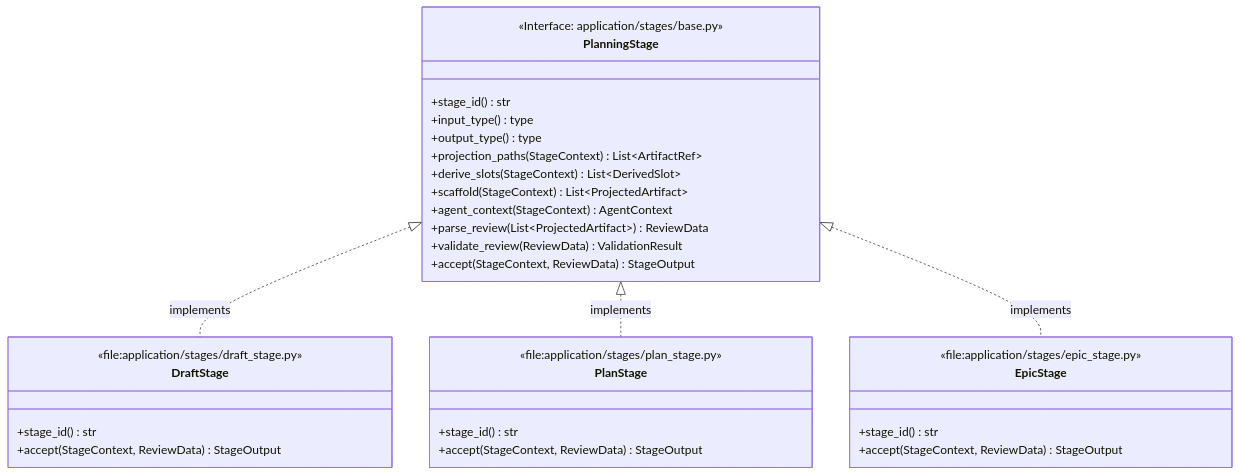
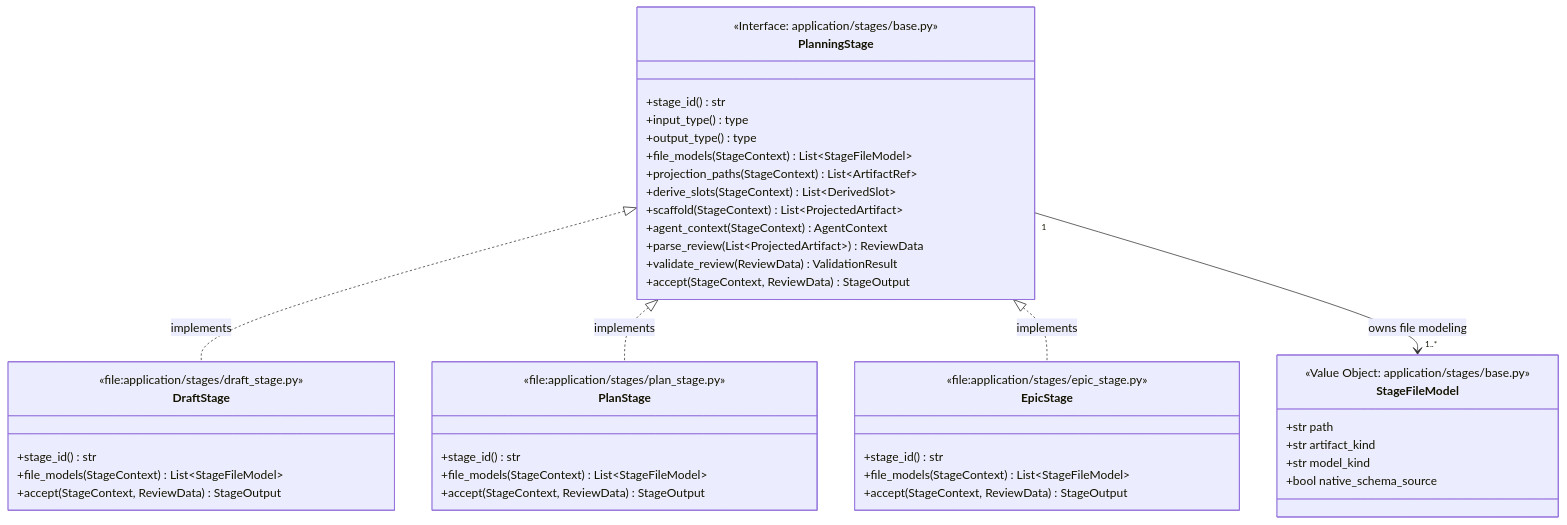
One commit to 9orky/enclosure changed the seventh of 10 diagrams in .enclosure/plans/planning-workflow/UML.md. Above: the diagram before and after it, drawn with Mermaid. The commit also changed 49 other files, not shown here.

````diff
--- a/.enclosure/plans/planning-workflow/UML.md
+++ b/.enclosure/plans/planning-workflow/UML.md
@@ -204,38 +204,51 @@
 ```mermaid
 classDiagram
     class PlanningStage {
       <<Interface: application/stages/base.py>>
       +stage_id() str
       +input_type() type
       +output_type() type
+      +file_models(StageContext) List~StageFileModel~
       +projection_paths(StageContext) List~ArtifactRef~
       +derive_slots(StageContext) List~DerivedSlot~
       +scaffold(StageContext) List~ProjectedArtifact~
       +agent_context(StageContext) AgentContext
       +parse_review(List~ProjectedArtifact~) ReviewData
       +validate_review(ReviewData) ValidationResult
       +accept(StageContext, ReviewData) StageOutput
     }
 
+    class StageFileModel {
+      <<Value Object: application/stages/base.py>>
+      +str path
+      +str artifact_kind
+      +str model_kind
+      +bool native_schema_source
+    }
+
     class DraftStage {
       <<file:application/stages/draft_stage.py>>
       +stage_id() str
+      +file_models(StageContext) List~StageFileModel~
       +accept(StageContext, ReviewData) StageOutput
     }
 
     class PlanStage {
       <<file:application/stages/plan_stage.py>>
       +stage_id() str
+      +file_models(StageContext) List~StageFileModel~
       +accept(StageContext, ReviewData) StageOutput
     }
 
     class EpicStage {
       <<file:application/stages/epic_stage.py>>
       +stage_id() str
+      +file_models(StageContext) List~StageFileModel~
       +accept(StageContext, ReviewData) StageOutput
     }
 
     PlanningStage <|.. DraftStage : implements
     PlanningStage <|.. PlanStage : implements
     PlanningStage <|.. EpicStage : implements
+    PlanningStage "1" --> "1..*" StageFileModel : owns file modeling
 ```
````
